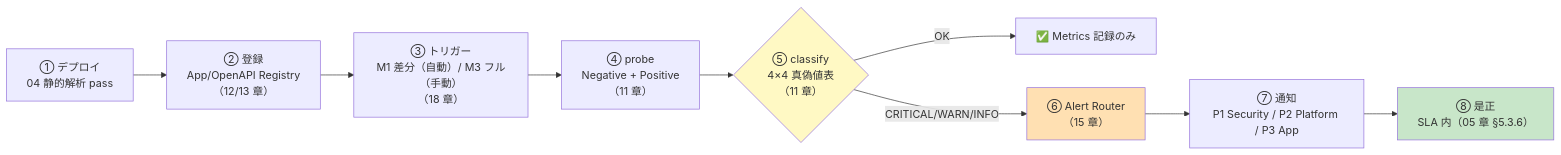
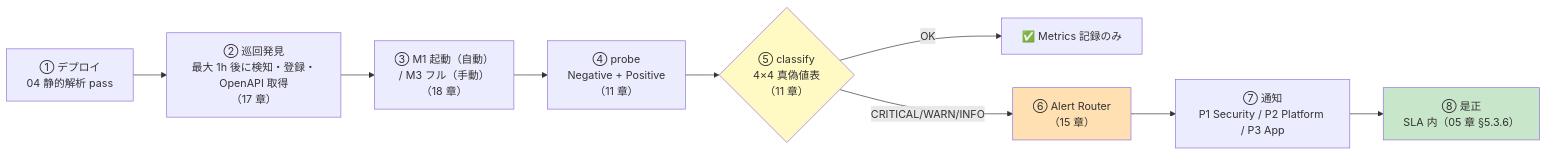
One commit to suepie/aws-atuh-poc changed the third of 4 diagrams in doc/api-platform/basic-design/10-external-monitoring-overview.md. Above: the diagram before and after it, drawn with Mermaid. The commit also changed other lines of this file and 12 other files, not shown here.

````diff
--- a/doc/api-platform/basic-design/10-external-monitoring-overview.md
+++ b/doc/api-platform/basic-design/10-external-monitoring-overview.md
@@ -157,14 +161,14 @@
 ```mermaid
 flowchart LR
-    D["① デプロイ<br/>04 静的解析 pass"] --> R["② 登録<br/>App/OpenAPI Registry<br/>（12/13 章）"]
-    R --> T["③ トリガー<br/>M1 差分（自動）/ M3 フル（手動）<br/>（18 章）"]
+    D["① デプロイ<br/>04 静的解析 pass"] --> R["② 巡回発見<br/>最大 1h 後に検知・登録・OpenAPI 取得<br/>（17 章）"]
+    R --> T["③ M1 起動（自動）<br/>/ M3 フル（手動）<br/>（18 章）"]
     T --> P["④ probe<br/>Negative + Positive<br/>（11 章）"]
     P --> C{"⑤ classify<br/>4×4 真偽値表<br/>（11 章）"}
     C -->|OK| OK["✅ Metrics 記録のみ"]
     C -->|CRITICAL/WARN/INFO| A["⑥ Alert Router<br/>（15 章）"]
     A --> N["⑦ 通知<br/>P1 Security / P2 Platform / P3 App"]
     N --> FIX["⑧ 是正<br/>SLA 内（05 章 §5.3.6）"]
     style C fill:#fff9c4
     style A fill:#ffe0b2
     style FIX fill:#c8e6c9
 ```
````
